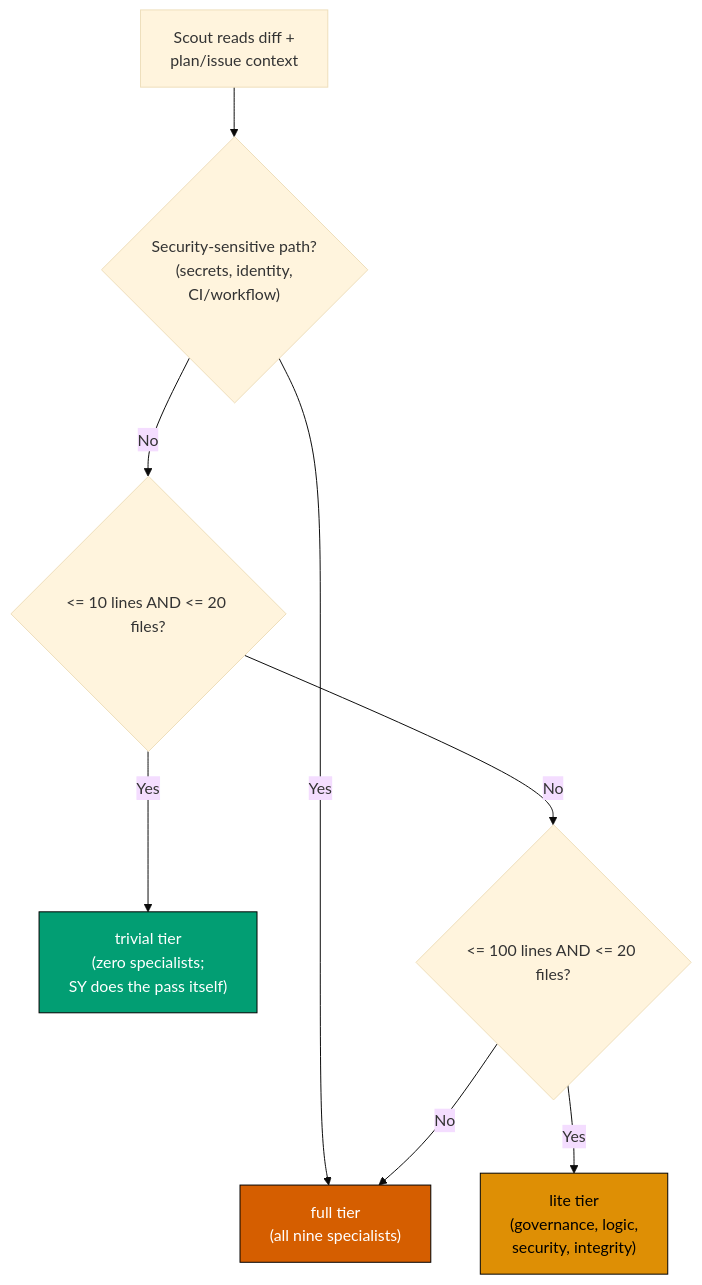
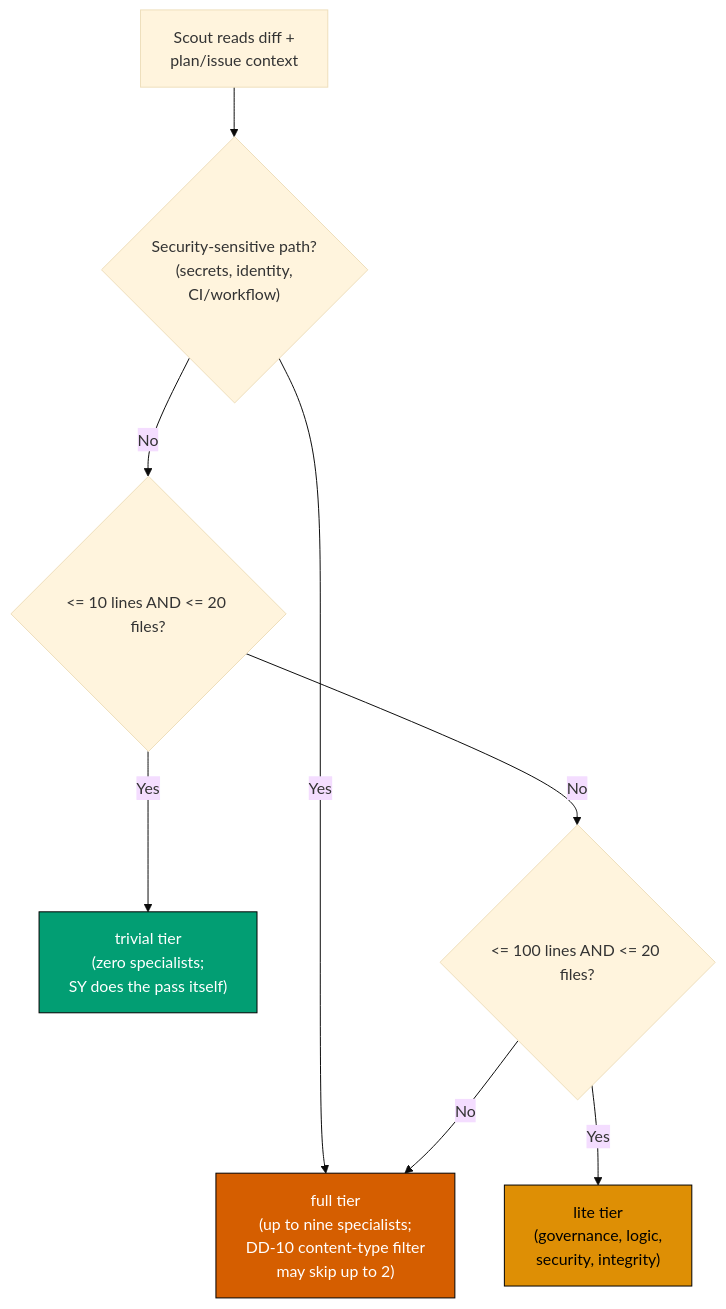
One commit to wahidyankf/open-sharia-fintech changed the third of 3 diagrams in plans/in-progress/pr-review-cycle-scout-and-typesafety/tech-docs.md. Above: the diagram before and after it, drawn with Mermaid (base theme). The commit also changed other lines of this file and 40 other files, not shown here.

````diff
--- a/plans/in-progress/pr-review-cycle-scout-and-typesafety/tech-docs.md
+++ b/plans/in-progress/pr-review-cycle-scout-and-typesafety/tech-docs.md
@@ -79,15 +79,15 @@
 ```mermaid
 %% Color palette: Green #029E73 (trivial), Gold #DE8F05 (lite), Red #D55E00 (full)
 flowchart TD
   D["Scout reads diff +<br/>plan/issue context"] --> Q1{"Security-sensitive path?<br/>(secrets, identity,<br/>CI/workflow)"}
-  Q1 -->|Yes| FULL["full tier<br/>(all nine specialists)"]:::red
+  Q1 -->|Yes| FULL["full tier<br/>(up to nine specialists;<br/>DD-10 content-type filter<br/>may skip up to 2)"]:::red
   Q1 -->|No| Q2{"<= 10 lines AND <= 20 files?"}
   Q2 -->|Yes| TRIV["trivial tier<br/>(zero specialists;<br/>SY does the pass itself)"]:::green
   Q2 -->|No| Q3{"<= 100 lines AND <= 20 files?"}
   Q3 -->|Yes| LITE["lite tier<br/>(governance, logic,<br/>security, integrity)"]:::gold
   Q3 -->|No| FULL
 
   classDef red fill:#D55E00,stroke:#000000,color:#FFFFFF
   classDef green fill:#029E73,stroke:#000000,color:#FFFFFF
   classDef gold fill:#DE8F05,stroke:#000000,color:#000000
 ```
````
